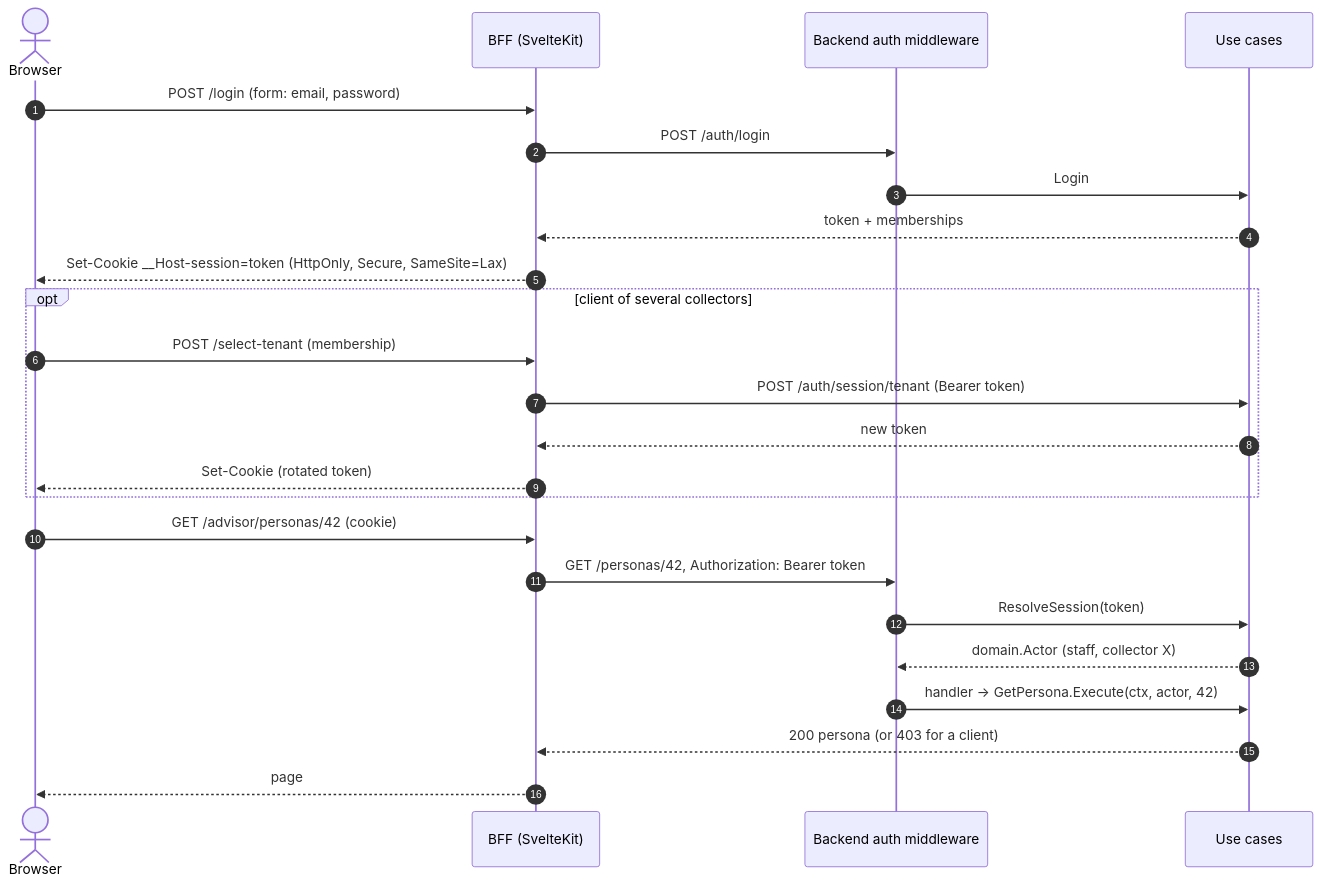
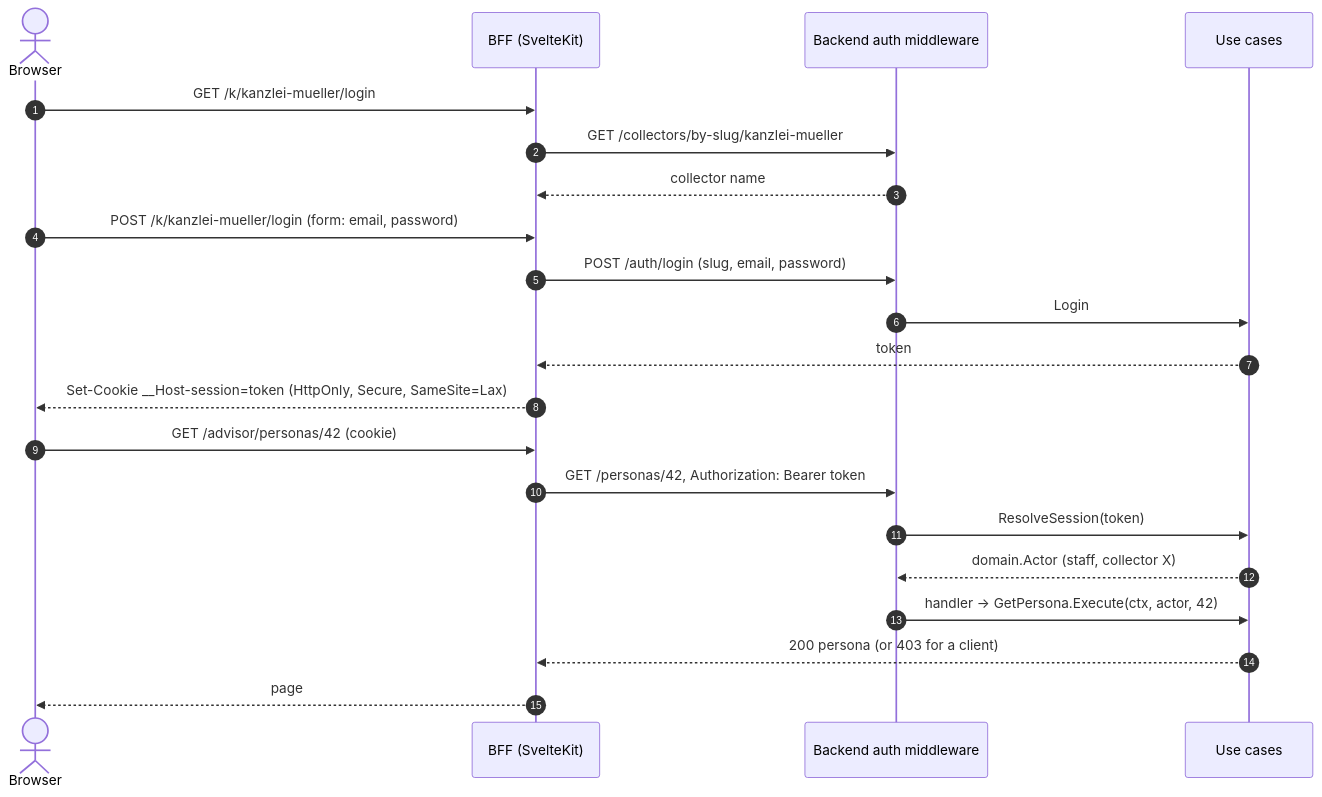
One commit to TimoSto/tax-return-organizer changed the second of 2 diagrams in backend/docs/AUTHENTICATION.md. Above: the diagram before and after it, drawn with Mermaid. The commit also changed other lines of this file and 4 other files, not shown here.

````diff
--- a/backend/docs/AUTHENTICATION.md
+++ b/backend/docs/AUTHENTICATION.md
@@ -145,28 +149,25 @@
 ```mermaid
 sequenceDiagram
     autonumber
     actor B as Browser
     participant F as BFF (SvelteKit)
     participant M as Backend auth middleware
     participant UC as Use cases
 
-    B->>F: POST /login (form: email, password)
-    F->>M: POST /auth/login
+    B->>F: GET /k/kanzlei-mueller/login
+    F->>M: GET /collectors/by-slug/kanzlei-mueller
+    M-->>F: collector name
+    B->>F: POST /k/kanzlei-mueller/login (form: email, password)
+    F->>M: POST /auth/login (slug, email, password)
     M->>UC: Login
-    UC-->>F: token + memberships
+    UC-->>F: token
     F-->>B: Set-Cookie __Host-session=token (HttpOnly, Secure, SameSite=Lax)
-    opt client of several collectors
-        B->>F: POST /select-tenant (membership)
-        F->>UC: POST /auth/session/tenant (Bearer token)
-        UC-->>F: new token
-        F-->>B: Set-Cookie (rotated token)
-    end
 
     B->>F: GET /advisor/personas/42 (cookie)
     F->>M: GET /personas/42, Authorization: Bearer token
     M->>UC: ResolveSession(token)
     UC-->>M: domain.Actor (staff, collector X)
     M->>UC: handler → GetPersona.Execute(ctx, actor, 42)
     UC-->>F: 200 persona (or 403 for a client)
     F-->>B: page
 ```
````
